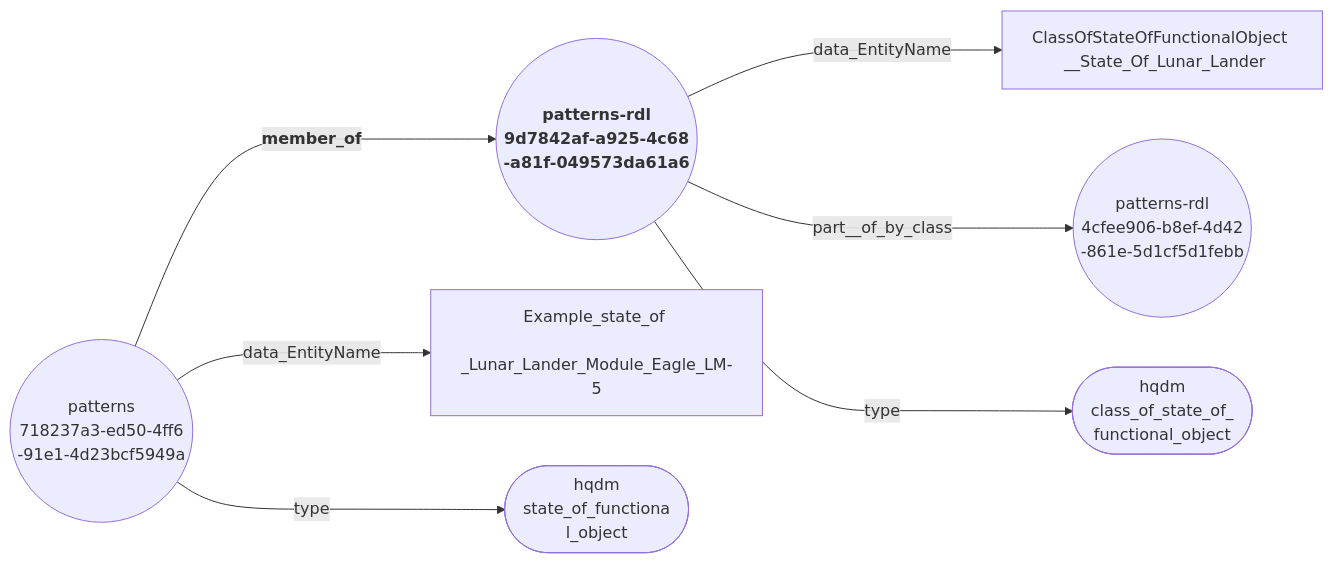
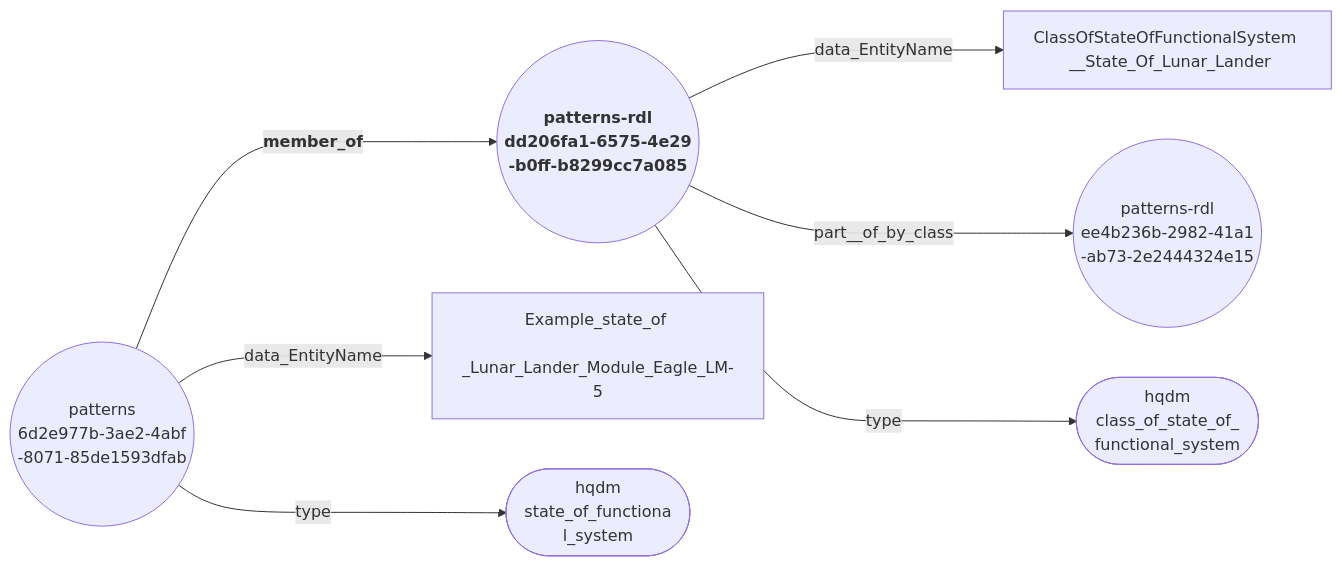
Before and after one commit to ClimbingAl/HqdmPatterns: the diagram in docs/extras/example-files/member_ofNodeEdgeGraph.mermaid, drawn with Mermaid. The commit also changed 56 other files, not shown here.

Commit message:
System additions prior to adding stviewer-generated spacetime charts.

````diff
--- a/docs/extras/example-files/member_ofNodeEdgeGraph.mermaid
+++ b/docs/extras/example-files/member_ofNodeEdgeGraph.mermaid
@@ -1,9 +1,9 @@
 ``` mermaid
 graph LR
-  718237a3-ed50-4ff6-91e1-4d23bcf5949a(("patterns <br> 718237a3-ed50-4ff6 <br> -91e1-4d23bcf5949a"))--->|"<b> member_of"|9d7842af-a925-4c68-a81f-049573da61a6(("<b> patterns-rdl <br> 9d7842af-a925-4c68 <br> -a81f-049573da61a6"));
-  718237a3-ed50-4ff6-91e1-4d23bcf5949a(("patterns <br> 718237a3-ed50-4ff6 <br> -91e1-4d23bcf5949a"))--->|"data_EntityName"|Example_state_of_Lunar_Lander_Module_Eagle_LM-5["Example_state_of <br> _Lunar_Lander_Module_Eagle_LM-5"];
-  718237a3-ed50-4ff6-91e1-4d23bcf5949a(("patterns <br> 718237a3-ed50-4ff6 <br> -91e1-4d23bcf5949a"))--->|"type"|state_of_functional_object(["hqdm <br> state_of_functiona <br> l_object"]);
-  9d7842af-a925-4c68-a81f-049573da61a6(("<b> patterns-rdl <br> 9d7842af-a925-4c68 <br> -a81f-049573da61a6"))--->|"data_EntityName"|ClassOfStateOfFunctionalObject__State_Of_Lunar_Lander["ClassOfStateOfFunctionalObject <br> __State_Of_Lunar_Lander"];
-  9d7842af-a925-4c68-a81f-049573da61a6(("<b> patterns-rdl <br> 9d7842af-a925-4c68 <br> -a81f-049573da61a6"))--->|"part__of_by_class"|4cfee906-b8ef-4d42-861e-5d1cf5d1febb(("patterns-rdl <br> 4cfee906-b8ef-4d42 <br> -861e-5d1cf5d1febb"));
-  9d7842af-a925-4c68-a81f-049573da61a6(("<b> patterns-rdl <br> 9d7842af-a925-4c68 <br> -a81f-049573da61a6"))--->|"type"|class_of_state_of_functional_object(["hqdm <br> class_of_state_of_ <br> functional_object"]);
+  6d2e977b-3ae2-4abf-8071-85de1593dfab(("patterns <br> 6d2e977b-3ae2-4abf <br> -8071-85de1593dfab"))--->|"<b> member_of"|dd206fa1-6575-4e29-b0ff-b8299cc7a085(("<b> patterns-rdl <br> dd206fa1-6575-4e29 <br> -b0ff-b8299cc7a085"));
+  6d2e977b-3ae2-4abf-8071-85de1593dfab(("patterns <br> 6d2e977b-3ae2-4abf <br> -8071-85de1593dfab"))--->|"data_EntityName"|Example_state_of_Lunar_Lander_Module_Eagle_LM-5["Example_state_of <br> _Lunar_Lander_Module_Eagle_LM-5"];
+  6d2e977b-3ae2-4abf-8071-85de1593dfab(("patterns <br> 6d2e977b-3ae2-4abf <br> -8071-85de1593dfab"))--->|"type"|state_of_functional_system(["hqdm <br> state_of_functiona <br> l_system"]);
+  dd206fa1-6575-4e29-b0ff-b8299cc7a085(("<b> patterns-rdl <br> dd206fa1-6575-4e29 <br> -b0ff-b8299cc7a085"))--->|"data_EntityName"|ClassOfStateOfFunctionalSystem__State_Of_Lunar_Lander["ClassOfStateOfFunctionalSystem <br> __State_Of_Lunar_Lander"];
+  dd206fa1-6575-4e29-b0ff-b8299cc7a085(("<b> patterns-rdl <br> dd206fa1-6575-4e29 <br> -b0ff-b8299cc7a085"))--->|"part__of_by_class"|ee4b236b-2982-41a1-ab73-2e2444324e15(("patterns-rdl <br> ee4b236b-2982-41a1 <br> -ab73-2e2444324e15"));
+  dd206fa1-6575-4e29-b0ff-b8299cc7a085(("<b> patterns-rdl <br> dd206fa1-6575-4e29 <br> -b0ff-b8299cc7a085"))--->|"type"|class_of_state_of_functional_system(["hqdm <br> class_of_state_of_ <br> functional_system"]);
 ```
````
